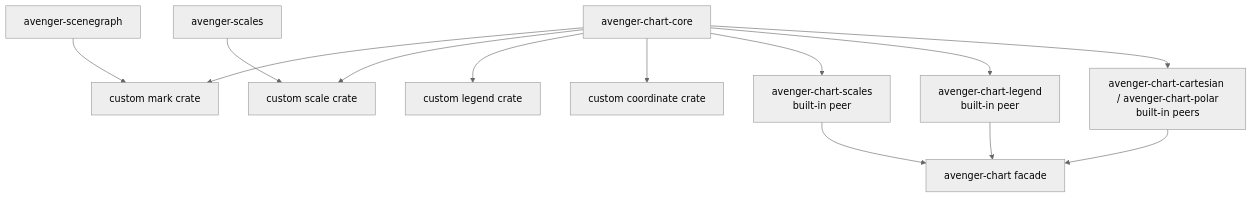
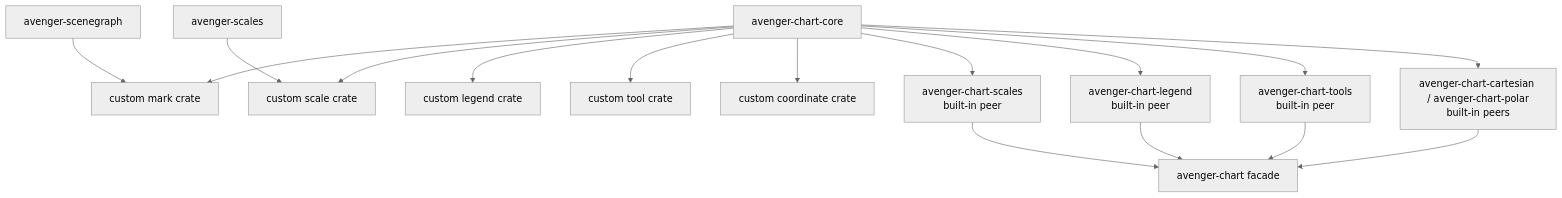
One commit to jonmmease/avenger changed the first of 2 diagrams in avenger-chart/docs/architecture/extension-contracts.md. Above: the diagram before and after it, drawn with Mermaid (neutral theme). The commit also changed other lines of this file and 16 other files, not shown here.

Commit message:
refactor(chart): move pan zoom tool to tools crate

````diff
--- a/avenger-chart/docs/architecture/extension-contracts.md
+++ b/avenger-chart/docs/architecture/extension-contracts.md
@@ -14,27 +14,32 @@
 ```mermaid
 flowchart TD
     Core["avenger-chart-core"]
     RuntimeScale["avenger-scales"]
     Scene["avenger-scenegraph"]
     CustomMark["custom mark crate"]
     CustomScale["custom scale crate"]
     CustomLegend["custom legend crate"]
+    CustomTool["custom tool crate"]
     CustomCoord["custom coordinate crate"]
     BuiltInScales["avenger-chart-scales\nbuilt-in peer"]
     BuiltInLegend["avenger-chart-legend\nbuilt-in peer"]
+    BuiltInTools["avenger-chart-tools\nbuilt-in peer"]
     BuiltInCoord["avenger-chart-cartesian / avenger-chart-polar\nbuilt-in peers"]
     Facade["avenger-chart facade"]
 
     Core --> CustomMark
     Core --> CustomScale
     Core --> CustomLegend
+    Core --> CustomTool
     Core --> CustomCoord
     RuntimeScale --> CustomScale
     Scene --> CustomMark
     Core --> BuiltInScales
     Core --> BuiltInLegend
+    Core --> BuiltInTools
     Core --> BuiltInCoord
     BuiltInScales --> Facade
     BuiltInLegend --> Facade
+    BuiltInTools --> Facade
     BuiltInCoord --> Facade
 ```
````
